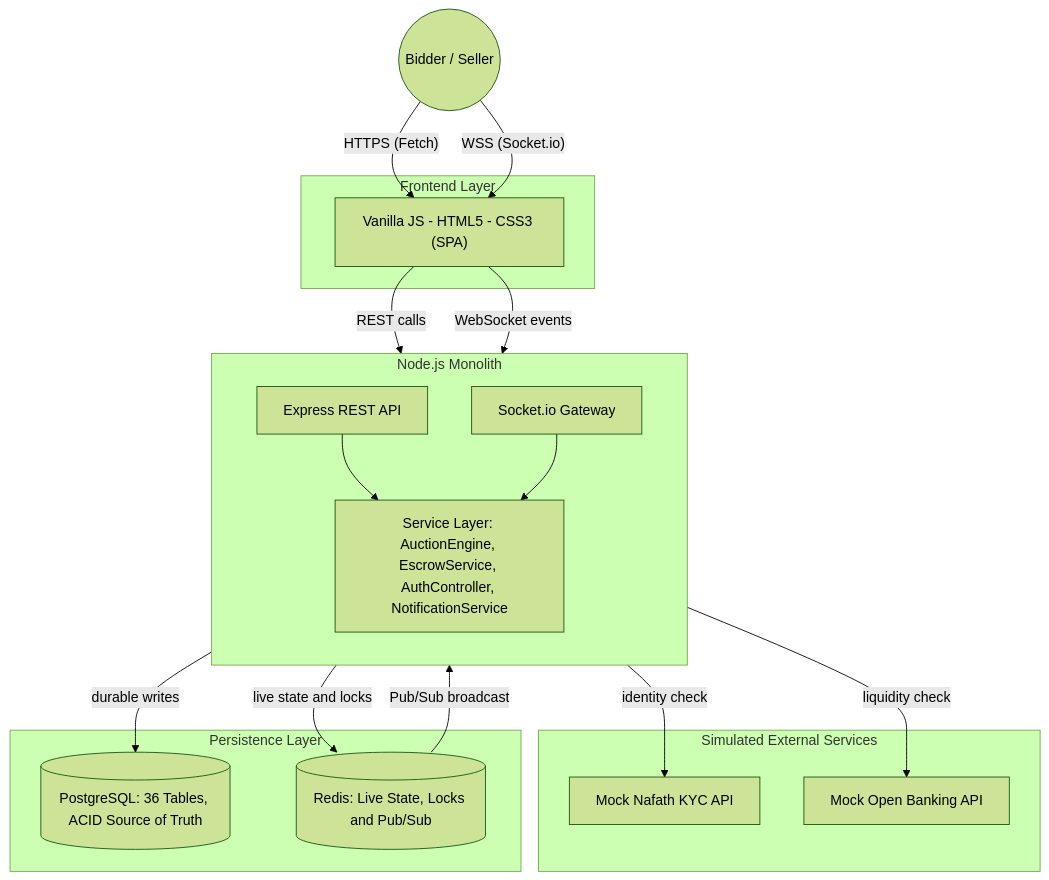
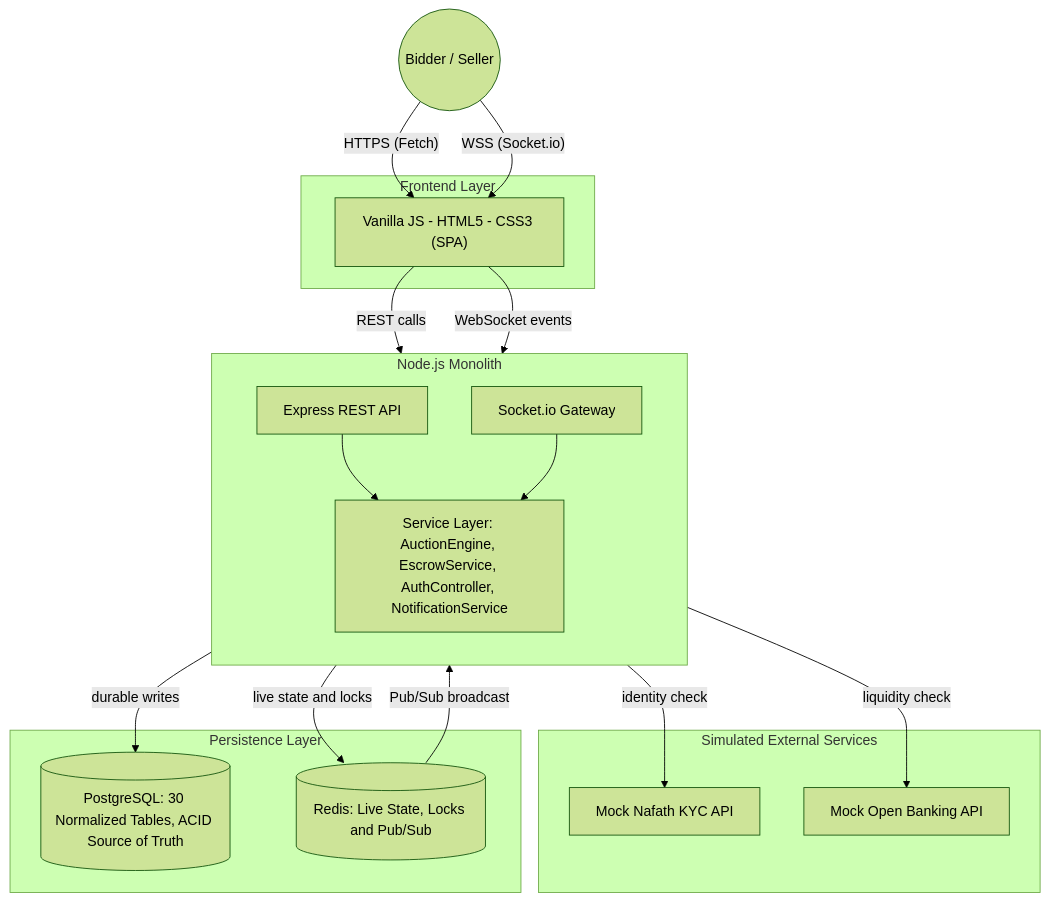
One commit to ghadi0alzhrani0/Mezyad changed the first of 2 diagrams in Stage_3/Report.MD. Above: the diagram before and after it, drawn with Mermaid (forest theme). The commit also changed other lines of this file, not shown here.

````diff
--- a/Stage_3/Report.MD
+++ b/Stage_3/Report.MD
@@ -52,41 +52,41 @@
 ```mermaid
 flowchart TD
     User((Bidder / Seller))
 
     subgraph Frontend["Frontend Layer"]
         UI["Vanilla JS - HTML5 - CSS3 (SPA)"]
     end
 
     User -- "HTTPS (Fetch)" --> UI
     User -- "WSS (Socket.io)" --> UI
 
     subgraph Backend["Node.js Monolith"]
         direction TB
         Express["Express REST API"]
         WS["Socket.io Gateway"]
         Services["Service Layer: AuctionEngine, EscrowService, AuthController, NotificationService"]
 
         Express --> Services
         WS --> Services
     end
 
     UI -- "REST calls" --> Express
     UI -- "WebSocket events" --> WS
 
     subgraph Mocks["Simulated External Services"]
         MockKYC["Mock Nafath KYC API"]
         MockBank["Mock Open Banking API"]
     end
 
     Services -- "identity check" --> MockKYC
     Services -- "liquidity check" --> MockBank
 
     subgraph DataLayer["Persistence Layer"]
-        PG[("PostgreSQL: 36 Tables, ACID Source of Truth")]
+        PG[("PostgreSQL: 30 Normalized Tables, ACID Source of Truth")]
         Redis[("Redis: Live State, Locks and Pub/Sub")]
     end
 
     Services -- "durable writes" --> PG
     Services -- "live state and locks" --> Redis
     Redis -- "Pub/Sub broadcast" --> WS
 ```
````
